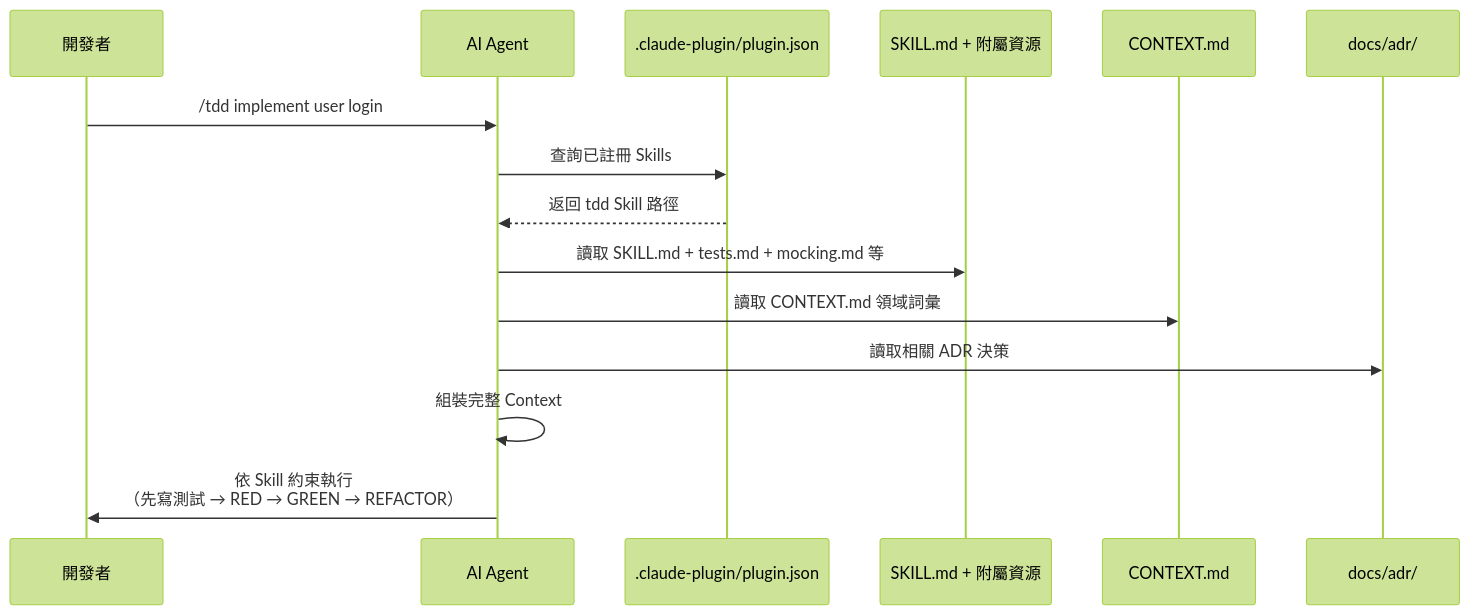
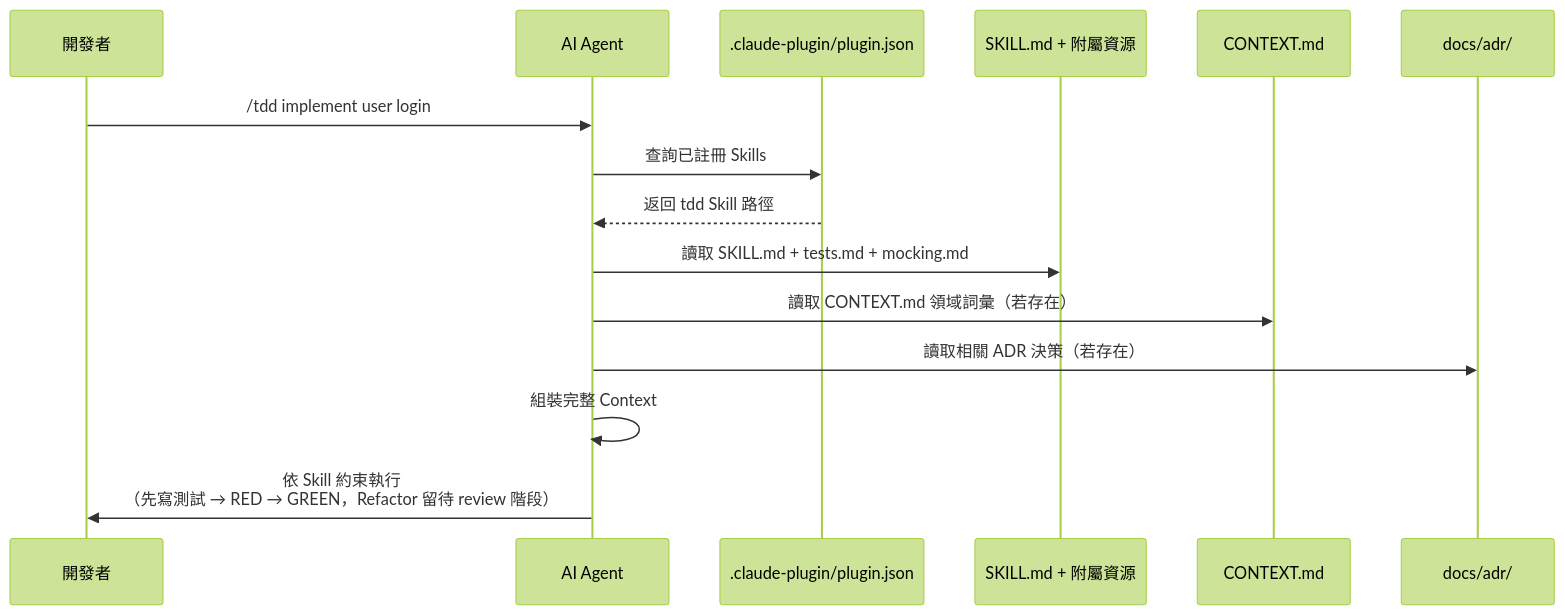
The fourth of 15 diagrams in content/posts/教學/AI開發/mattpocock skills 教學手冊.md (chihhung/Blog), drawn with Mermaid (forest theme) before and after one commit. The commit also changed other lines of this file and 3 other files, not shown here.

````diff
--- a/content/posts/教學/AI開發/mattpocock skills 教學手冊.md
+++ b/content/posts/教學/AI開發/mattpocock skills 教學手冊.md
@@ -795,18 +800,18 @@
 ```mermaid
 sequenceDiagram
     participant Dev as 開發者
     participant Agent as AI Agent
     participant Plugin as .claude-plugin/plugin.json
     participant Skill as SKILL.md + 附屬資源
     participant Ctx as CONTEXT.md
     participant ADR as docs/adr/
 
     Dev->>Agent: /tdd implement user login
     Agent->>Plugin: 查詢已註冊 Skills
     Plugin-->>Agent: 返回 tdd Skill 路徑
-    Agent->>Skill: 讀取 SKILL.md + tests.md + mocking.md 等
-    Agent->>Ctx: 讀取 CONTEXT.md 領域詞彙
-    Agent->>ADR: 讀取相關 ADR 決策
+    Agent->>Skill: 讀取 SKILL.md + tests.md + mocking.md
+    Agent->>Ctx: 讀取 CONTEXT.md 領域詞彙（若存在）
+    Agent->>ADR: 讀取相關 ADR 決策（若存在）
     Agent->>Agent: 組裝完整 Context
-    Agent->>Dev: 依 Skill 約束執行<br/>（先寫測試 → RED → GREEN → REFACTOR）
+    Agent->>Dev: 依 Skill 約束執行<br/>（先寫測試 → RED → GREEN，Refactor 留待 review 階段）
 ```
````
